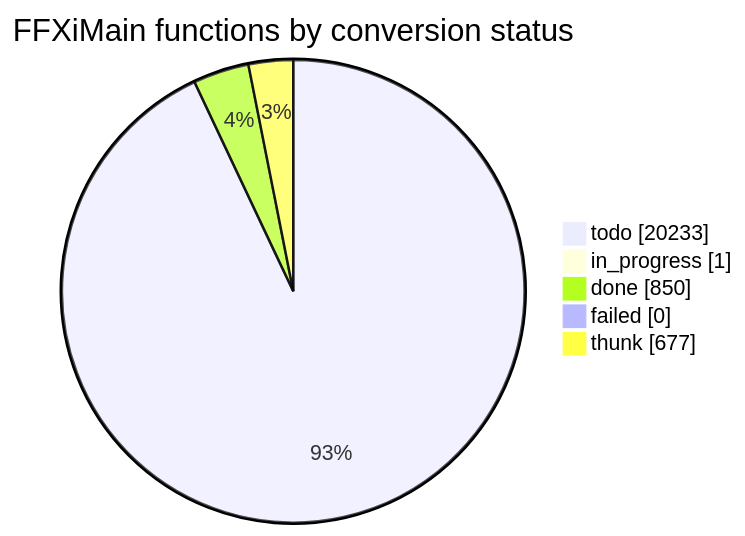
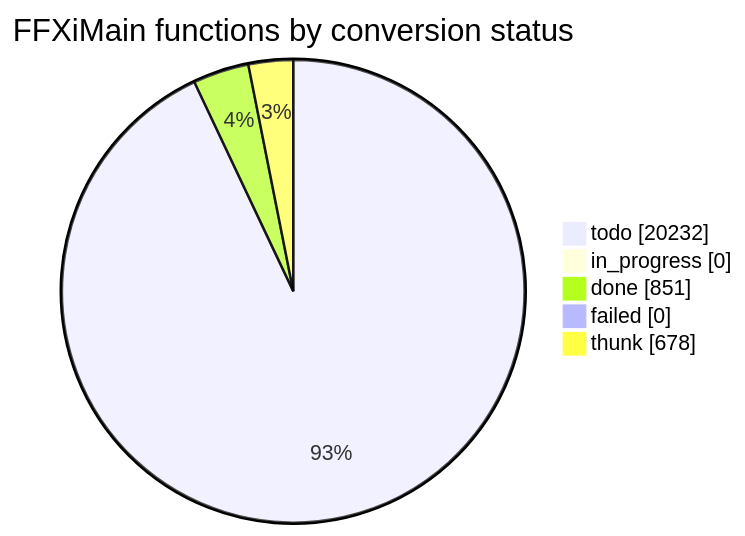
One commit to cowrevenge/cow_kuluu_xi_anything changed the diagram in docs/cow/STATUS.md. Above: the diagram before and after it, drawn with Mermaid. The commit also changed other lines of this file and 9 other files, not shown here.

````diff
--- a/docs/cow/STATUS.md
+++ b/docs/cow/STATUS.md
@@ -18,9 +18,9 @@
 ```mermaid
 pie showData
     title FFXiMain functions by conversion status
-    "todo" : 20233
-    "in_progress" : 1
-    "done" : 850
+    "todo" : 20232
+    "in_progress" : 0
+    "done" : 851
     "failed" : 0
-    "thunk" : 677
+    "thunk" : 678
 ```
````
